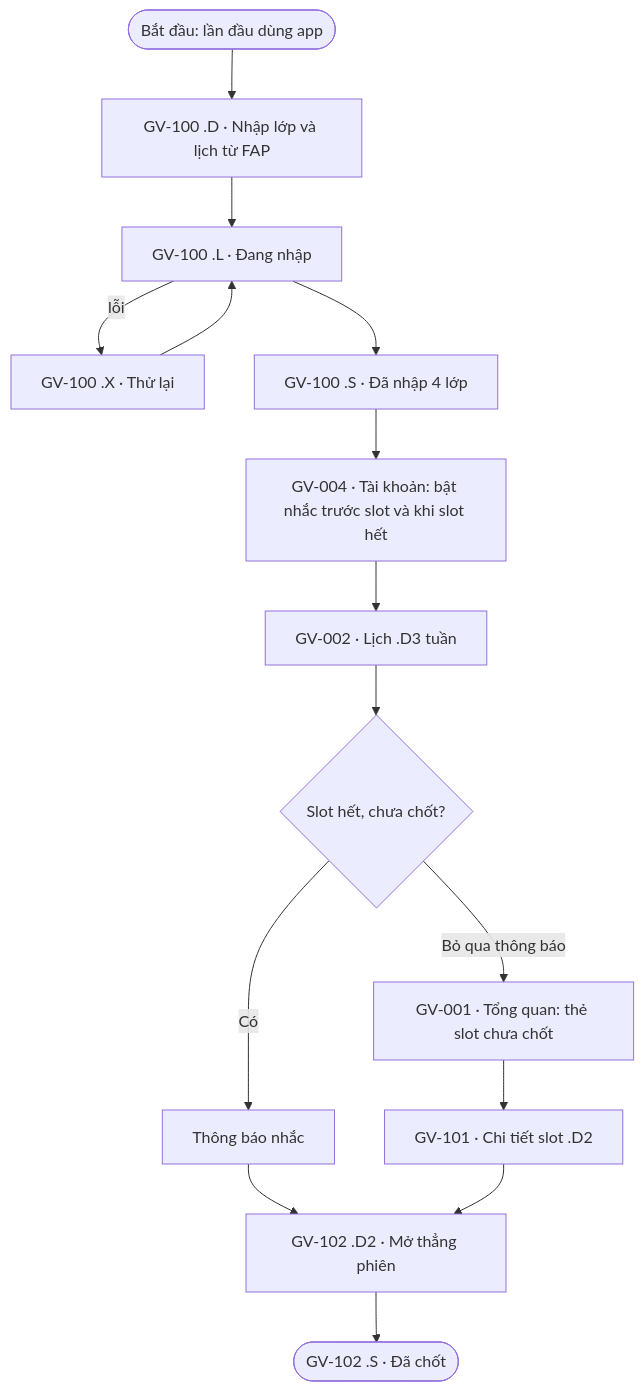
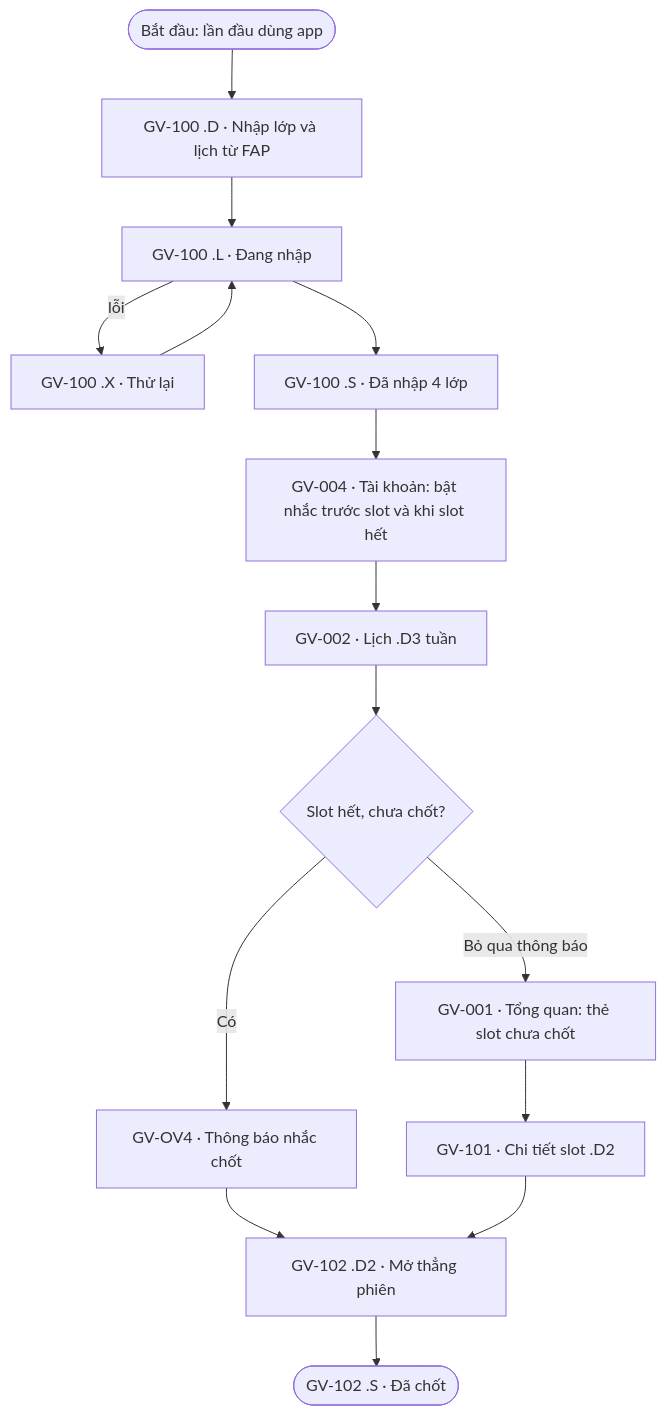
The third of 5 diagrams in ux/user-flow.md (thiengthb/prm323-lab2-SE190533), drawn with Mermaid before and after one commit. The commit also changed other lines of this file and 6 other files, not shown here.

````diff
--- a/ux/user-flow.md
+++ b/ux/user-flow.md
@@ -99,16 +100,16 @@
 ```mermaid
 flowchart TD
     A(["Bắt đầu: lần đầu dùng app"]) --> A1["GV-100 .D · Nhập lớp và lịch từ FAP"]
     A1 --> A2["GV-100 .L · Đang nhập"]
     A2 -->|"lỗi"| A3["GV-100 .X · Thử lại"] --> A2
     A2 --> A4["GV-100 .S · Đã nhập 4 lớp"]
     A4 --> B["GV-004 · Tài khoản: bật nhắc trước slot và khi slot hết"]
     B --> C["GV-002 · Lịch .D3 tuần"]
     C --> D{"Slot hết, chưa chốt?"}
-    D -->|"Có"| E["Thông báo nhắc"]
+    D -->|"Có"| E["GV-OV4 · Thông báo nhắc chốt"]
     E --> F["GV-102 .D2 · Mở thẳng phiên"]
     F --> G(["GV-102 .S · Đã chốt"])
     D -->|"Bỏ qua thông báo"| H["GV-001 · Tổng quan: thẻ slot chưa chốt"]
     H --> I["GV-101 · Chi tiết slot .D2"]
     I --> F
 ```
````
